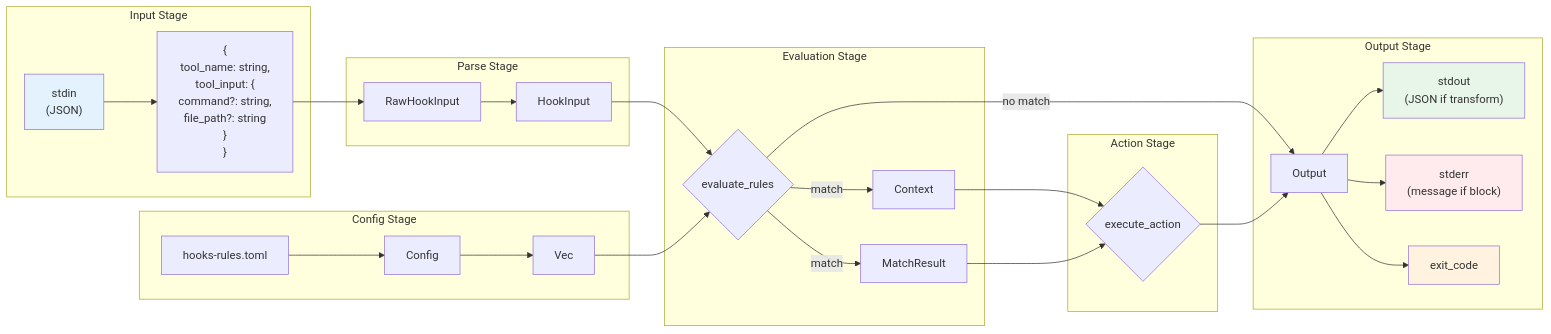
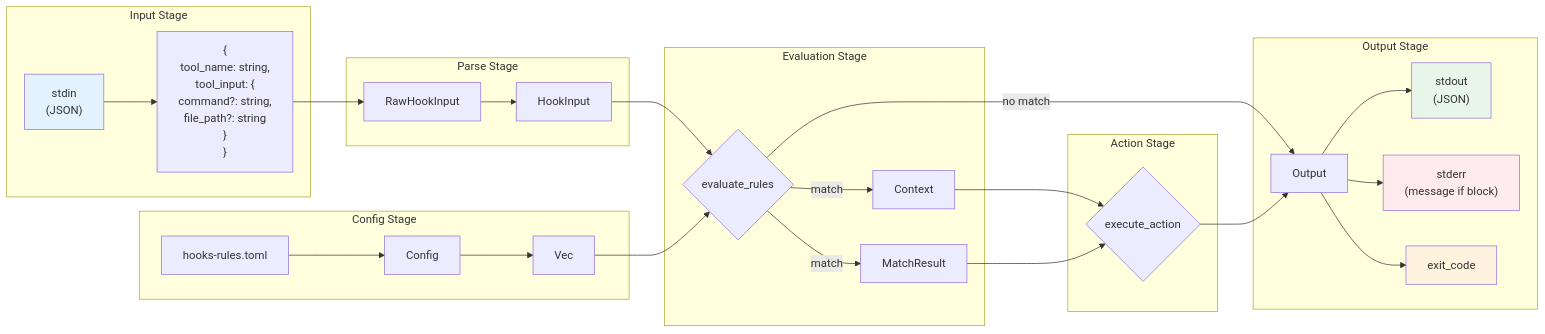
Before and after one commit to 1gy/cchooked: the seventh of 8 diagrams in docs/ARCHITECTURE.md, drawn with Mermaid. The commit also changed other lines of this file and 8 other files, not shown here.

````diff
--- a/docs/ARCHITECTURE.md
+++ b/docs/ARCHITECTURE.md
@@ -309,58 +296,58 @@
 ```mermaid
 flowchart LR
     subgraph Input Stage
         STDIN["stdin<br/>(JSON)"]
         JSON["{<br/>  tool_name: string,<br/>  tool_input: {<br/>    command?: string,<br/>    file_path?: string<br/>  }<br/>}"]
     end
 
     subgraph Parse Stage
         RAW[RawHookInput]
         HOOK[HookInput]
     end
 
     subgraph Config Stage
         TOML["hooks-rules.toml"]
         CFG[Config]
         RULES["Vec<Rule>"]
     end
 
     subgraph Evaluation Stage
         EVAL{evaluate_rules}
         CTX[Context]
         MR[MatchResult]
     end
 
     subgraph Action Stage
         ACT{execute_action}
     end
 
     subgraph Output Stage
         OUT[Output]
-        STDOUT["stdout<br/>(JSON if transform)"]
+        STDOUT["stdout<br/>(JSON)"]
         STDERR["stderr<br/>(message if block)"]
         EXIT[exit_code]
     end
 
     STDIN --> JSON --> RAW --> HOOK
     TOML --> CFG --> RULES
 
     HOOK --> EVAL
     RULES --> EVAL
 
     EVAL -->|match| CTX
     EVAL -->|match| MR
     EVAL -->|no match| OUT
 
     CTX --> ACT
     MR --> ACT
     ACT --> OUT
 
     OUT --> STDOUT
     OUT --> STDERR
     OUT --> EXIT
 
     style STDIN fill:#e3f2fd
     style STDOUT fill:#e8f5e9
     style STDERR fill:#ffebee
     style EXIT fill:#fff3e0
 ```
````
